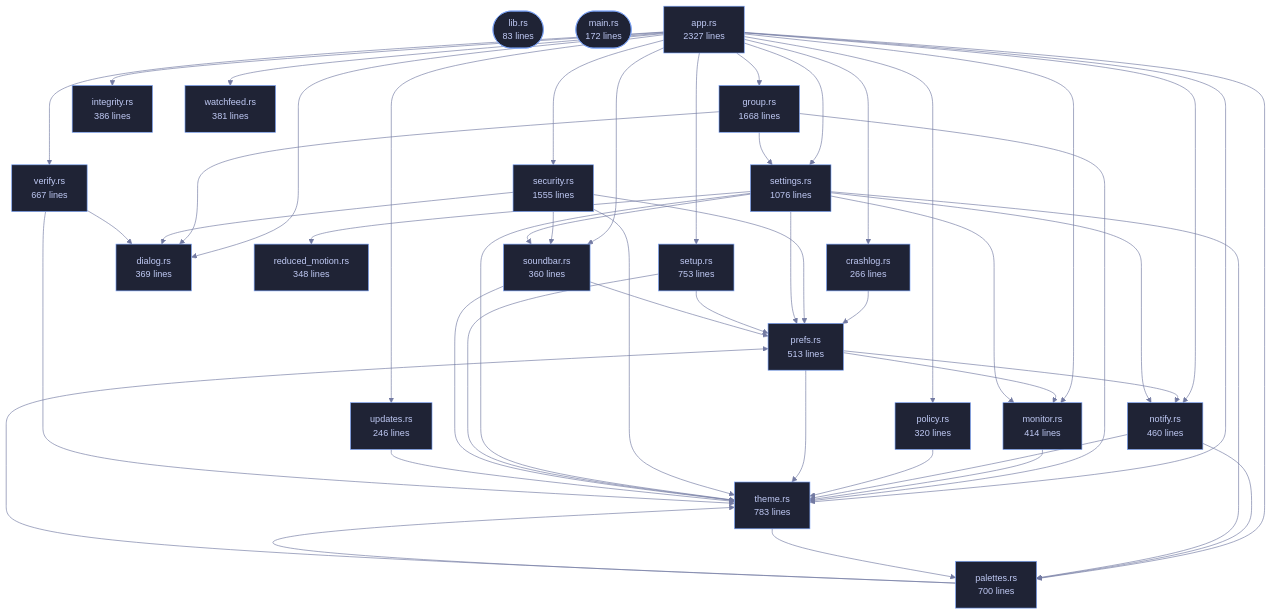
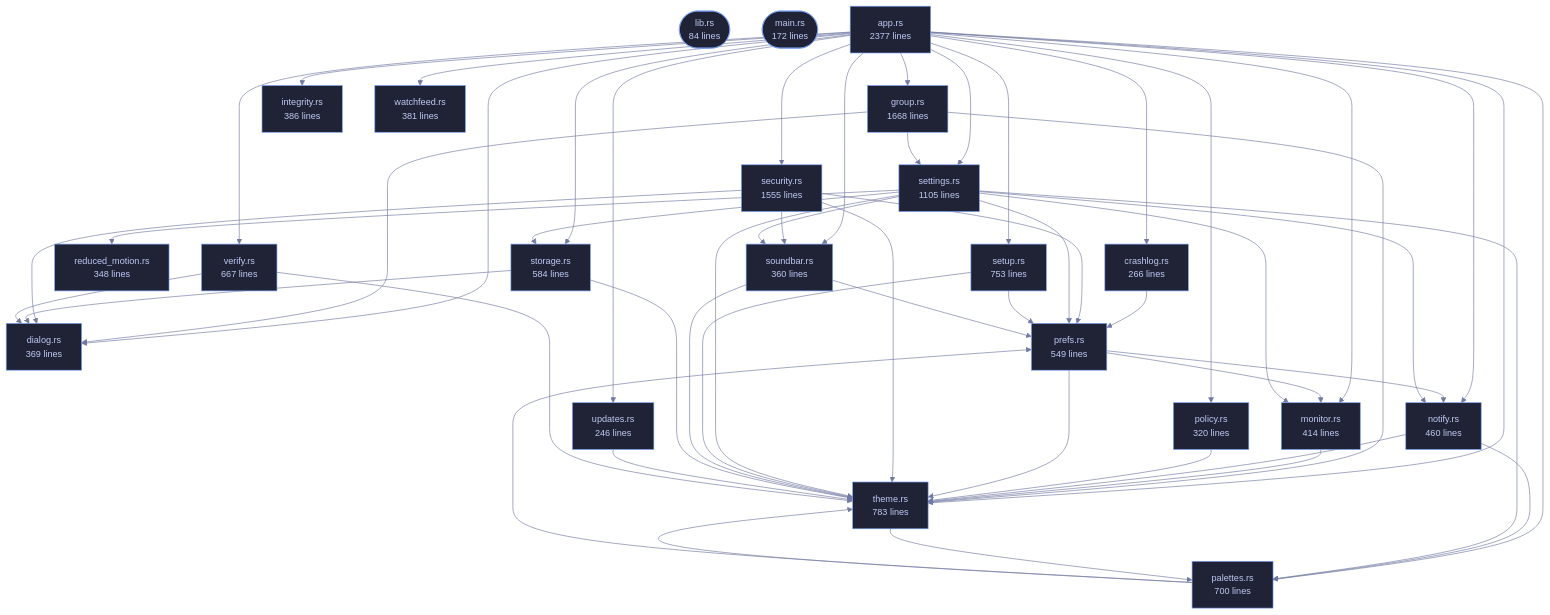
One commit to tilas01/veilvoice changed the diagram in wiki/Crate-veilvoice-gui.md. Above: the diagram before and after it, drawn with Mermaid. The commit also changed other lines of this file and 48 other files, not shown here.

````diff
--- a/wiki/Crate-veilvoice-gui.md
+++ b/wiki/Crate-veilvoice-gui.md
@@ -81,9 +81,9 @@
 ```mermaid
 %%{init: {"theme":"base","themeVariables":{"background":"#1a1b26","primaryColor":"#1f2335","primaryTextColor":"#c0caf5","primaryBorderColor":"#7aa2f7","secondaryColor":"#16161e","tertiaryColor":"#16161e","lineColor":"#737aa2","textColor":"#c0caf5","mainBkg":"#1f2335","nodeBorder":"#7aa2f7","clusterBkg":"#16161e","clusterBorder":"#2f3549","fontFamily":"ui-monospace, SFMono-Regular, Consolas, monospace","fontSize":"14px"}}}%%
 flowchart TD
-    n_lib(["lib.rs<br/>83 lines"])
+    n_lib(["lib.rs<br/>84 lines"])
     n_main(["main.rs<br/>172 lines"])
-    n_app["app.rs<br/>2327 lines"]
+    n_app["app.rs<br/>2377 lines"]
     n_crashlog["crashlog.rs<br/>266 lines"]
     n_dialog["dialog.rs<br/>369 lines"]
     n_group["group.rs<br/>1668 lines"]
@@ -92,12 +92,13 @@
     n_notify["notify.rs<br/>460 lines"]
     n_palettes["palettes.rs<br/>700 lines"]
     n_policy["policy.rs<br/>320 lines"]
-    n_prefs["prefs.rs<br/>513 lines"]
+    n_prefs["prefs.rs<br/>549 lines"]
     n_reduced_motion["reduced_motion.rs<br/>348 lines"]
     n_security["security.rs<br/>1555 lines"]
-    n_settings["settings.rs<br/>1076 lines"]
+    n_settings["settings.rs<br/>1105 lines"]
     n_setup["setup.rs<br/>753 lines"]
     n_soundbar["soundbar.rs<br/>360 lines"]
+    n_storage["storage.rs<br/>584 lines"]
     n_theme["theme.rs<br/>783 lines"]
     n_updates["updates.rs<br/>246 lines"]
     n_verify["verify.rs<br/>667 lines"]
@@ -114,6 +115,7 @@
     n_app --> n_settings
     n_app --> n_setup
     n_app --> n_soundbar
+    n_app --> n_storage
     n_app --> n_theme
     n_app --> n_updates
     n_app --> n_verify
@@ -141,11 +143,14 @@
     n_settings --> n_prefs
     n_settings --> n_reduced_motion
     n_settings --> n_soundbar
+    n_settings --> n_storage
     n_settings --> n_theme
     n_setup --> n_prefs
     n_setup --> n_theme
     n_soundbar --> n_prefs
     n_soundbar --> n_theme
+    n_storage --> n_dialog
+    n_storage --> n_theme
     n_theme --> n_palettes
     n_updates --> n_theme
     n_verify --> n_dialog
@@ -167,6 +172,7 @@
     click n_settings href "https://github.com/tilas01/veilvoice/blob/main/crates/veilvoice-gui/src/settings.rs" "open the source"
     click n_setup href "https://github.com/tilas01/veilvoice/blob/main/crates/veilvoice-gui/src/setup.rs" "open the source"
     click n_soundbar href "https://github.com/tilas01/veilvoice/blob/main/crates/veilvoice-gui/src/soundbar.rs" "open the source"
+    click n_storage href "https://github.com/tilas01/veilvoice/blob/main/crates/veilvoice-gui/src/storage.rs" "open the source"
     click n_theme href "https://github.com/tilas01/veilvoice/blob/main/crates/veilvoice-gui/src/theme.rs" "open the source"
     click n_updates href "https://github.com/tilas01/veilvoice/blob/main/crates/veilvoice-gui/src/updates.rs" "open the source"
     click n_verify href "https://github.com/tilas01/veilvoice/blob/main/crates/veilvoice-gui/src/verify.rs" "open the source"
````
